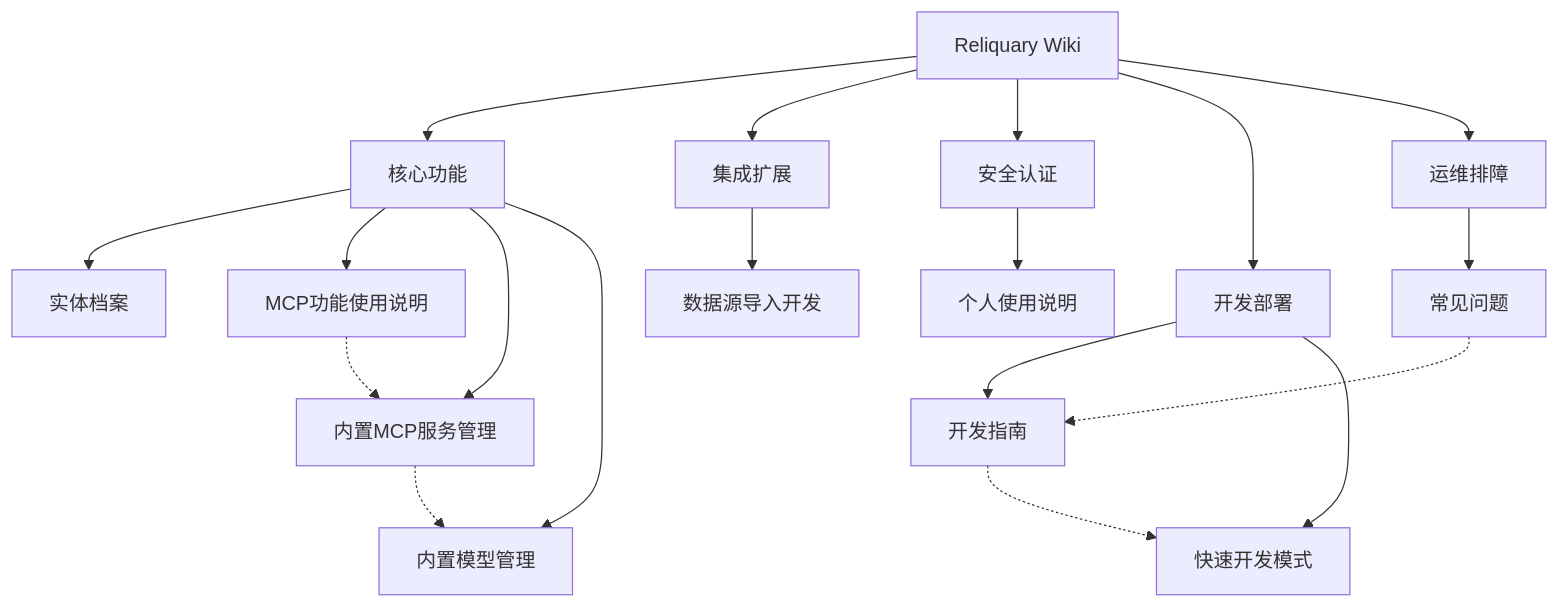
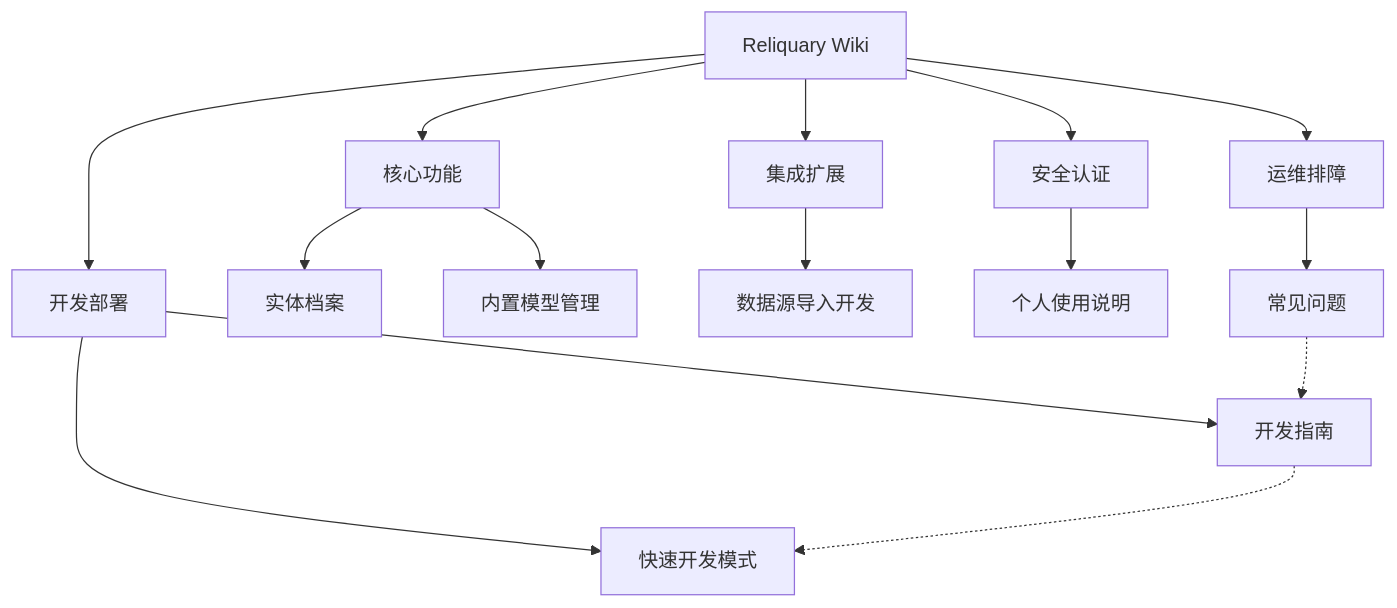
The diagram in docs/wiki/Home.md (Dikui/Reliquary), drawn with Mermaid before and after one commit. The commit also changed other lines of this file and 798 other files, not shown here.

````diff
--- a/docs/wiki/Home.md
+++ b/docs/wiki/Home.md
@@ -48,30 +46,26 @@
 ```mermaid
 graph TB
     Home[Reliquary Wiki]
     Home --> 核心功能
     Home --> 集成扩展
     Home --> 安全认证
     Home --> 开发部署
     Home --> 运维排障
 
 
     核心功能 --> KG[实体档案]
-    核心功能 --> MCP[MCP功能使用说明]
-    核心功能 --> BuiltinMCP[内置MCP服务管理]
     核心功能 --> BuiltinModel[内置模型管理]
 
     集成扩展 --> DS[数据源导入开发]
 
     安全认证 --> Personal[个人使用说明]
 
     开发部署 --> DevGuide[开发指南]
     开发部署 --> QuickDev[快速开发模式]
 
     运维排障 --> FAQ[常见问题]
 
 
-    MCP -.-> BuiltinMCP
-    BuiltinMCP -.-> BuiltinModel
     DevGuide -.-> QuickDev
     FAQ -.-> DevGuide
 ```
````
